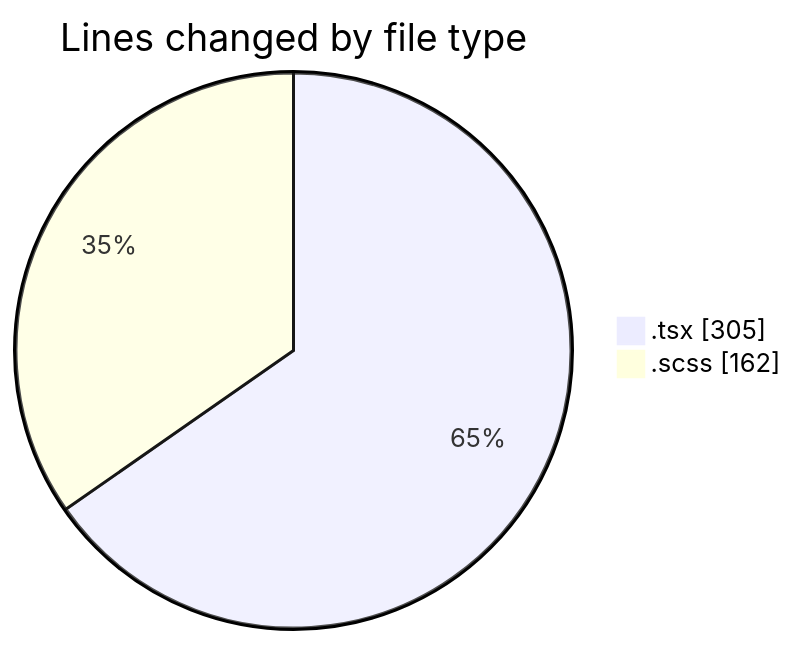
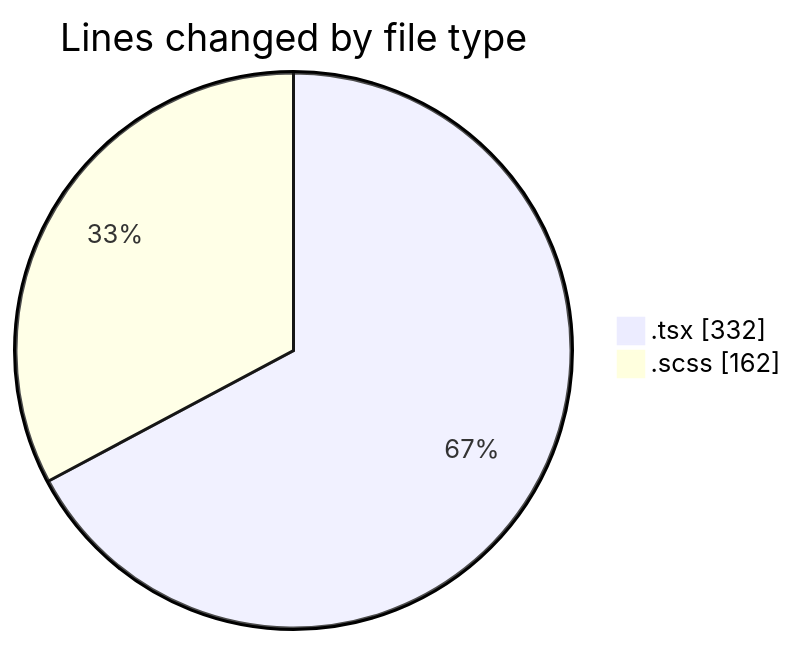
One commit to momahboobian/code-tracking changed the first of 2 diagrams in 2026-04-16/cda/README.md. Above: the diagram before and after it, drawn with Mermaid. The commit also changed other lines of this file and 1 other file, not shown here.

````diff
--- a/2026-04-16/cda/README.md
+++ b/2026-04-16/cda/README.md
@@ -22,6 +22,6 @@
 ```mermaid
 pie showData
 title Lines changed by file type
-".tsx" : 305
+".tsx" : 332
 ".scss" : 162
 ```
````
